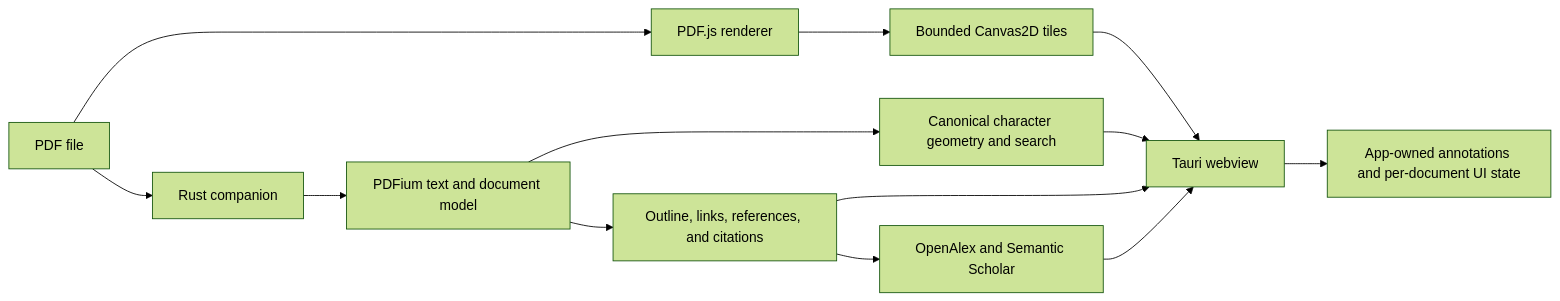
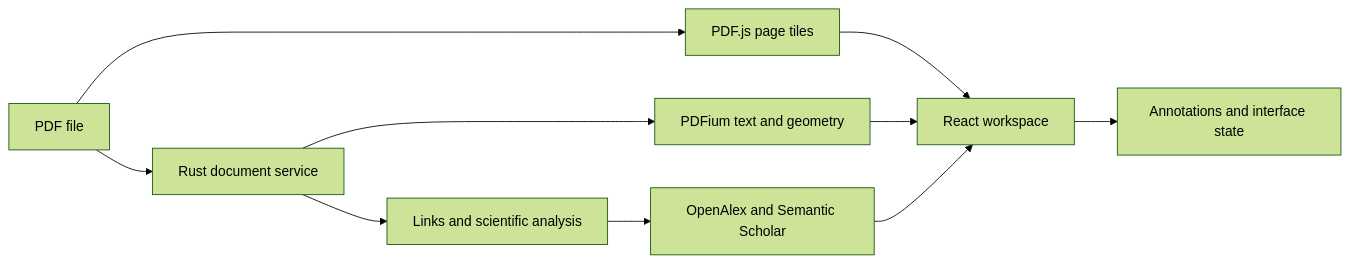
Before and after one commit to JonasWeinert/Key-KMP: the diagram in README.md, drawn with Mermaid (forest theme). The commit also changed other lines of this file and 5 other files, not shown here.

````diff
--- a/README.md
+++ b/README.md
@@ -51,15 +121,12 @@
 ```mermaid
 flowchart LR
-    PDF["PDF file"] --> JS["PDF.js renderer"]
-    PDF --> Companion["Rust companion"]
-    JS --> Tiles["Bounded Canvas2D tiles"]
-    Tiles --> View["Tauri webview"]
-    Companion --> PDFium["PDFium text and document model"]
-    PDFium --> Geometry["Canonical character geometry and search"]
-    PDFium --> Analysis["Outline, links, references, and citations"]
-    Analysis --> Lookup["OpenAlex and Semantic Scholar"]
-    Geometry --> View
-    Analysis --> View
-    Lookup --> View
-    View --> State["App-owned annotations and per-document UI state"]
+    File["PDF file"] --> PDFJS["PDF.js page tiles"]
+    File --> Native["Rust document service"]
+    Native --> PDFium["PDFium text and geometry"]
+    Native --> Analysis["Links and scientific analysis"]
+    Analysis --> Providers["OpenAlex and Semantic Scholar"]
+    PDFJS --> Workspace["React workspace"]
+    PDFium --> Workspace
+    Providers --> Workspace
+    Workspace --> State["Annotations and interface state"]
 ```
````
